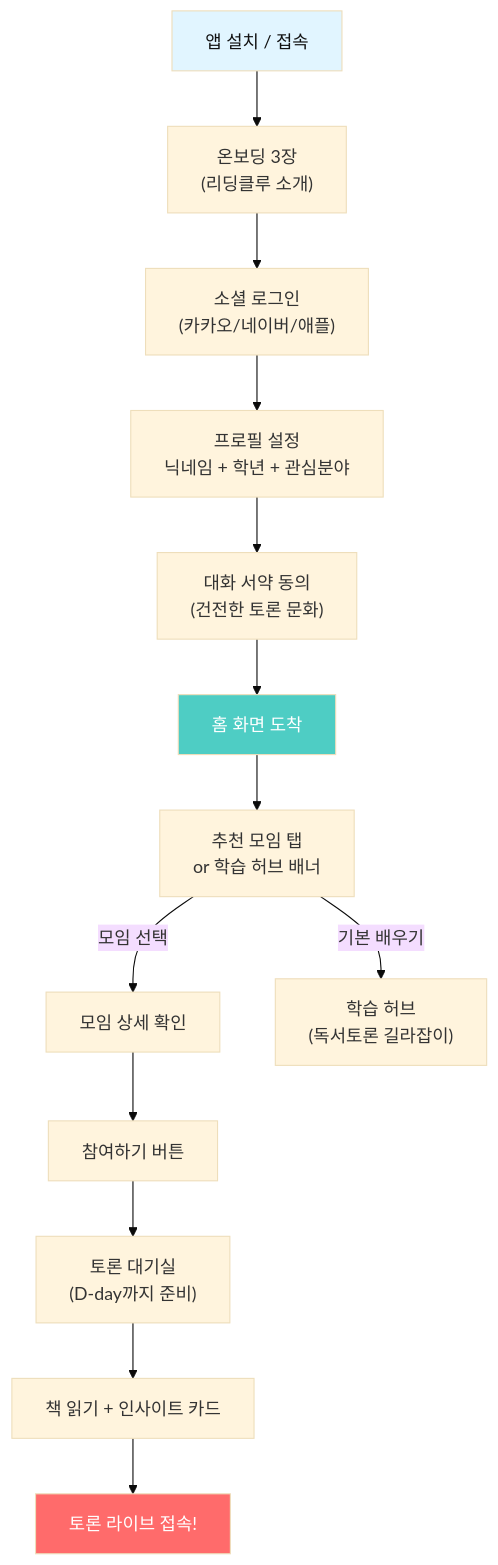
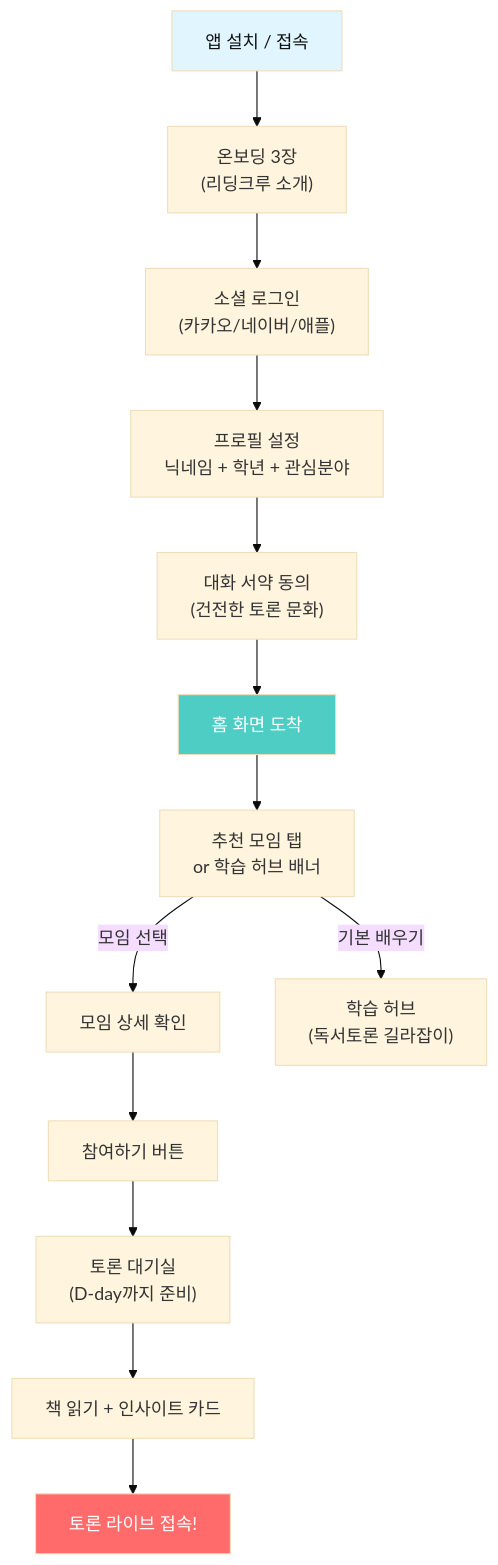
The second of 14 diagrams in 아이디어/6단계-리딩클루_화면설계_AI에이전트_설계서.md (Collegenie-X/ReadingClueProject), drawn with Mermaid (base theme) before and after one commit. The commit also changed other lines of this file and 9 other files, not shown here.

````diff
--- a/아이디어/6단계-리딩클루_화면설계_AI에이전트_설계서.md
+++ b/아이디어/6단계-리딩클루_화면설계_AI에이전트_설계서.md
@@ -154,19 +154,19 @@
 ```mermaid
 flowchart TD
-    A["앱 설치 / 접속"] --> B["온보딩 3장<br/>(리딩클루 소개)"]
+    A["앱 설치 / 접속"] --> B["온보딩 3장<br/>(리딩크루 소개)"]
     B --> C["소셜 로그인<br/>(카카오/네이버/애플)"]
     C --> D["프로필 설정<br/>닉네임 + 학년 + 관심분야"]
     D --> E["대화 서약 동의<br/>(건전한 토론 문화)"]
     E --> F["홈 화면 도착"]
     F --> G["추천 모임 탭<br/>or 학습 허브 배너"]
     G -->|"모임 선택"| H["모임 상세 확인"]
     G -->|"기본 배우기"| I["학습 허브<br/>(독서토론 길라잡이)"]
     H --> J["참여하기 버튼"]
     J --> K["토론 대기실<br/>(D-day까지 준비)"]
     K --> L["책 읽기 + 인사이트 카드"]
     L --> M["토론 라이브 접속!"]
 
     style A fill:#e1f5ff,color:#111
     style F fill:#4ECDC4,color:#fff
     style M fill:#FF6B6B,color:#fff
 ```
````
